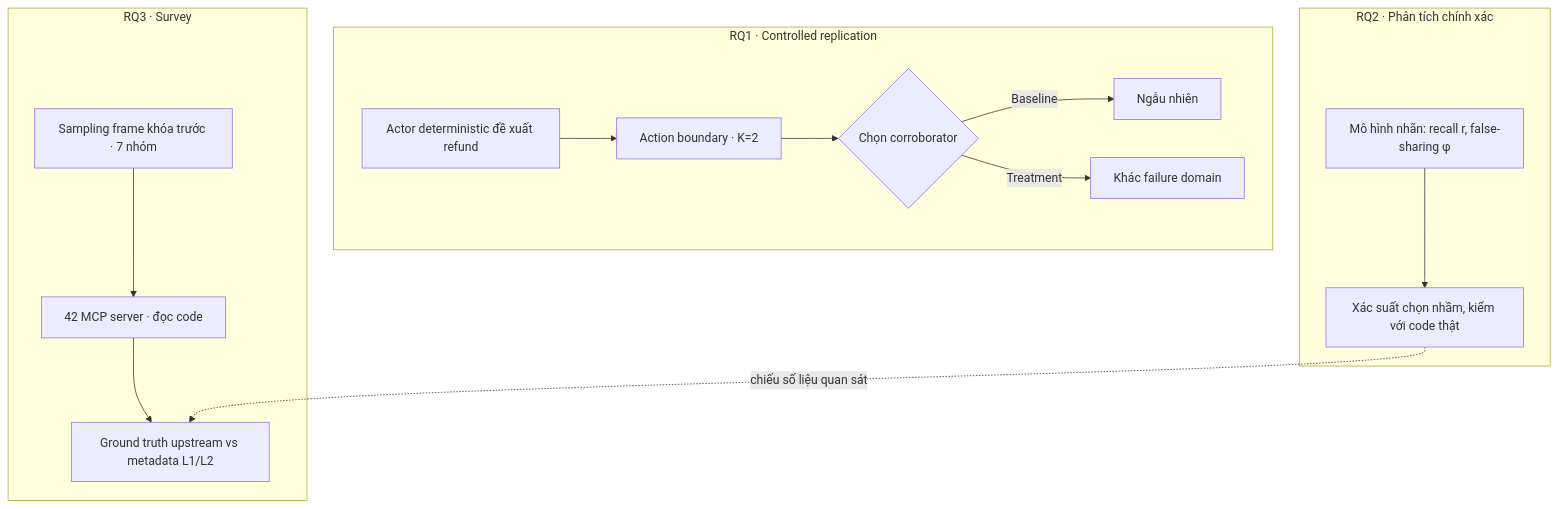
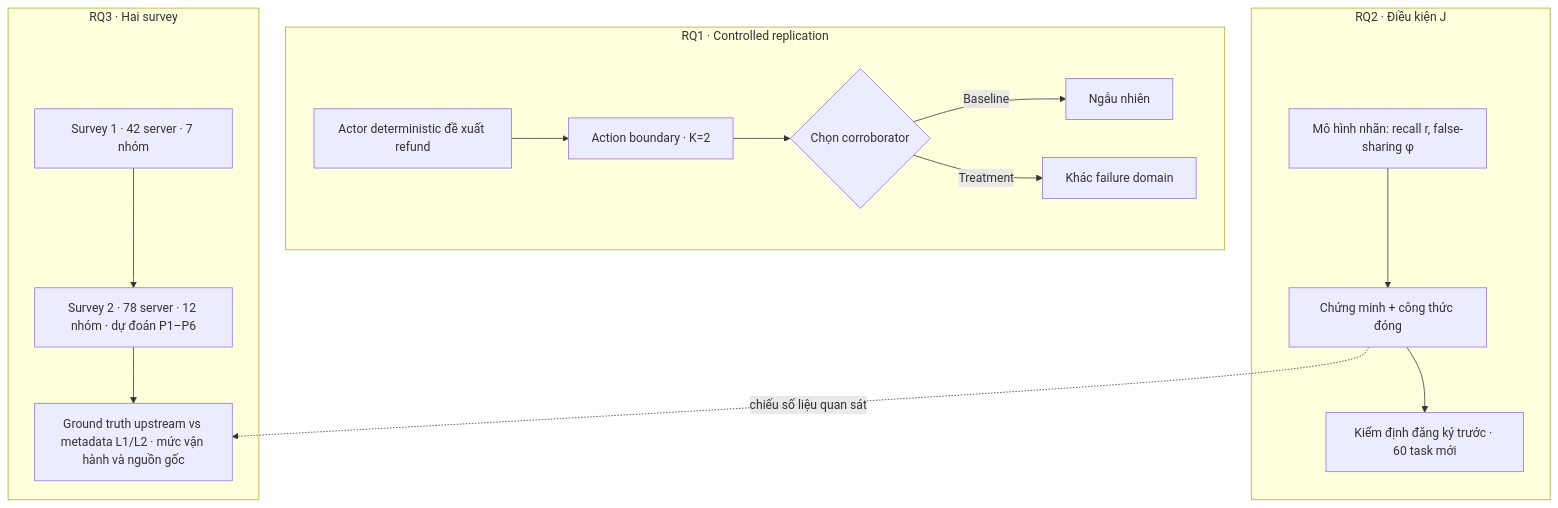
Before and after one commit to tuankiet18/reliable-tool-using-agents: the diagram in projects/reliable-tool-using-ai-agents/paper/supervisor-methodology-rq-briefing.md, drawn with Mermaid. The commit also changed other lines of this file, not shown here.

Commit message:
research: supervisor briefing v2.0 (J proof and preregistered test, survey 2, coder B, Q5 on workshop submission)

````diff
--- a/projects/reliable-tool-using-ai-agents/paper/supervisor-methodology-rq-briefing.md
+++ b/projects/reliable-tool-using-ai-agents/paper/supervisor-methodology-rq-briefing.md
@@ -75,17 +102,18 @@
 ```mermaid
 flowchart TB
     subgraph R1[RQ1 · Controlled replication]
       A[Actor deterministic đề xuất refund] --> B[Action boundary · K=2]
       B --> C{Chọn corroborator}
       C -->|Baseline| D[Ngẫu nhiên]
       C -->|Treatment| E[Khác failure domain]
     end
-    subgraph R2[RQ2 · Phân tích chính xác]
-      F[Mô hình nhãn: recall r, false-sharing φ] --> G[Xác suất chọn nhầm, kiểm với code thật]
+    subgraph R2[RQ2 · Điều kiện J]
+      F[Mô hình nhãn: recall r, false-sharing φ] --> G[Chứng minh + công thức đóng]
+      G --> G2[Kiểm định đăng ký trước · 60 task mới]
     end
-    subgraph R3[RQ3 · Survey]
-      H[Sampling frame khóa trước · 7 nhóm] --> I[42 MCP server · đọc code]
-      I --> J[Ground truth upstream vs metadata L1/L2]
+    subgraph R3[RQ3 · Hai survey]
+      H[Survey 1 · 42 server · 7 nhóm] --> K[Survey 2 · 78 server · 12 nhóm · dự đoán P1–P6]
+      K --> J[Ground truth upstream vs metadata L1/L2 · mức vận hành và nguồn gốc]
     end
     G -.chiếu số liệu quan sát.-> J
 ```
````
